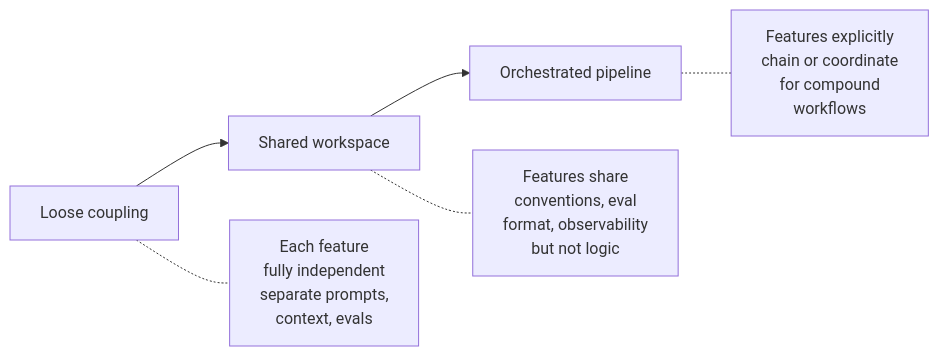
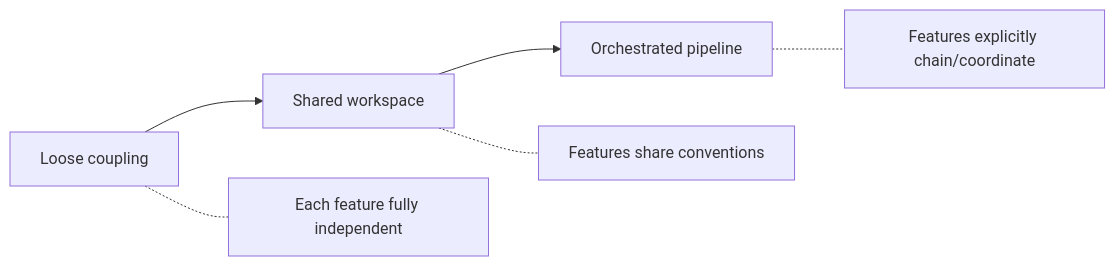
Before and after one commit to mjac-yue/ai-architecture-for-pms: the second of 2 diagrams in module-20-production-readiness-operations.md, drawn with Mermaid. The commit also changed other lines of this file and 15 other files, not shown here.

First line of the commit message:
Remove HTML tags from Mermaid node labels for Obsidian compatibility

````diff
--- a/module-20-production-readiness-operations.md
+++ b/module-20-production-readiness-operations.md
@@ -135,7 +135,7 @@
 ```mermaid
 flowchart LR
     L["Loose coupling"] --> M["Shared workspace"] --> O["Orchestrated pipeline"]
-    L -.- L1["Each feature<br>fully independent<br>separate prompts,<br>context, evals"]
-    M -.- M1["Features share<br>conventions, eval<br>format, observability<br>but not logic"]
-    O -.- O1["Features explicitly<br>chain or coordinate<br>for compound<br>workflows"]
+    L -.- L1["Each feature fully independent"]
+    M -.- M1["Features share conventions"]
+    O -.- O1["Features explicitly chain/coordinate"]
 ```
````
